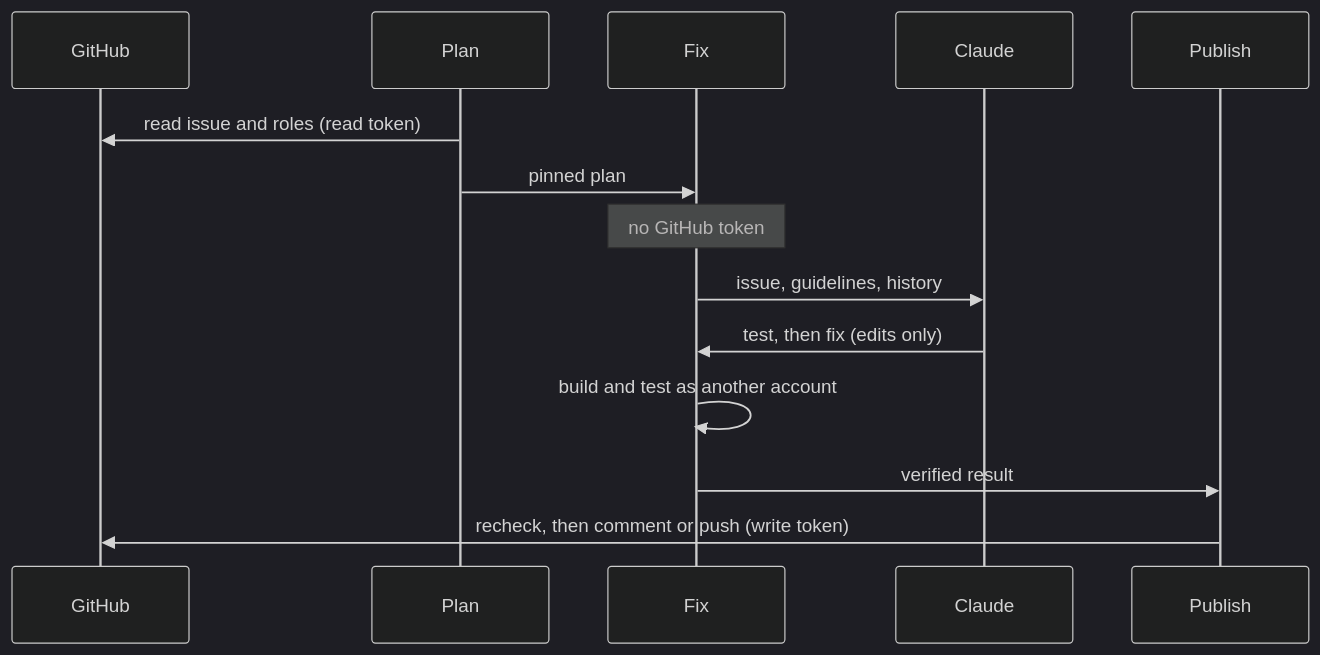
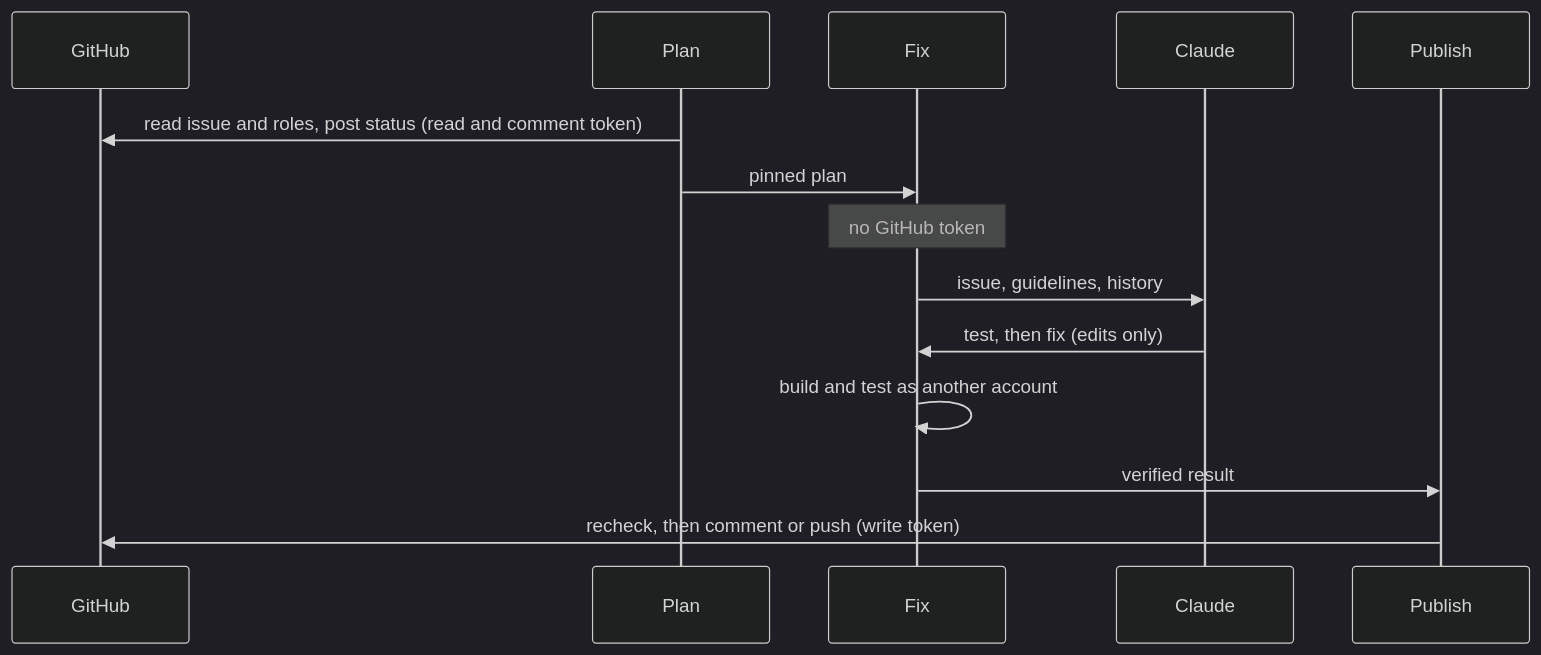
The third of 8 diagrams in docs/design/software-factory.md (sarthakaggarwal97/valkey-ci-agent), drawn with Mermaid (dark theme) before and after one commit. The commit also changed other lines of this file, not shown here.

````diff
--- a/docs/design/software-factory.md
+++ b/docs/design/software-factory.md
@@ -255,16 +259,16 @@
 ```mermaid
 sequenceDiagram
     participant GH as GitHub
     participant P as Plan
     participant F as Fix
     participant C as Claude
     participant U as Publish
-    P->>GH: read issue and roles (read token)
+    P->>GH: read issue and roles, post status (read and comment token)
     P->>F: pinned plan
     Note over F: no GitHub token
     F->>C: issue, guidelines, history
     C->>F: test, then fix (edits only)
     F->>F: build and test as another account
     F->>U: verified result
     U->>GH: recheck, then comment or push (write token)
 ```
````
